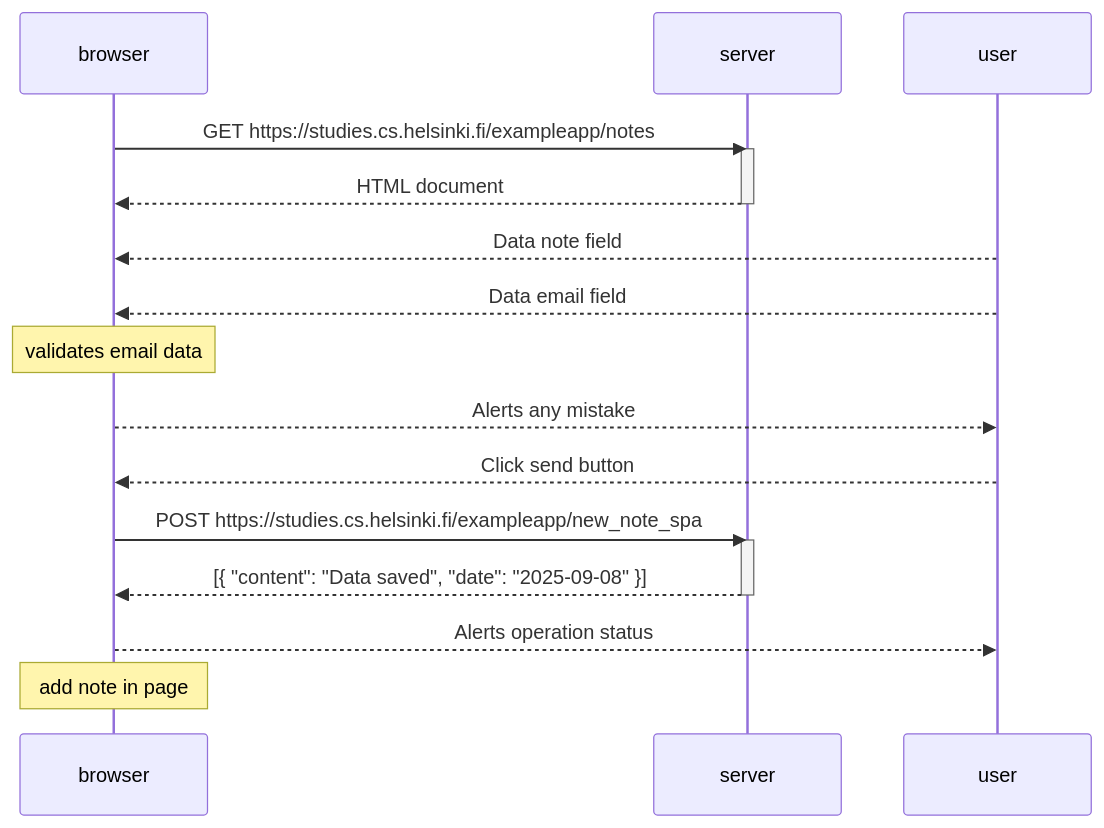
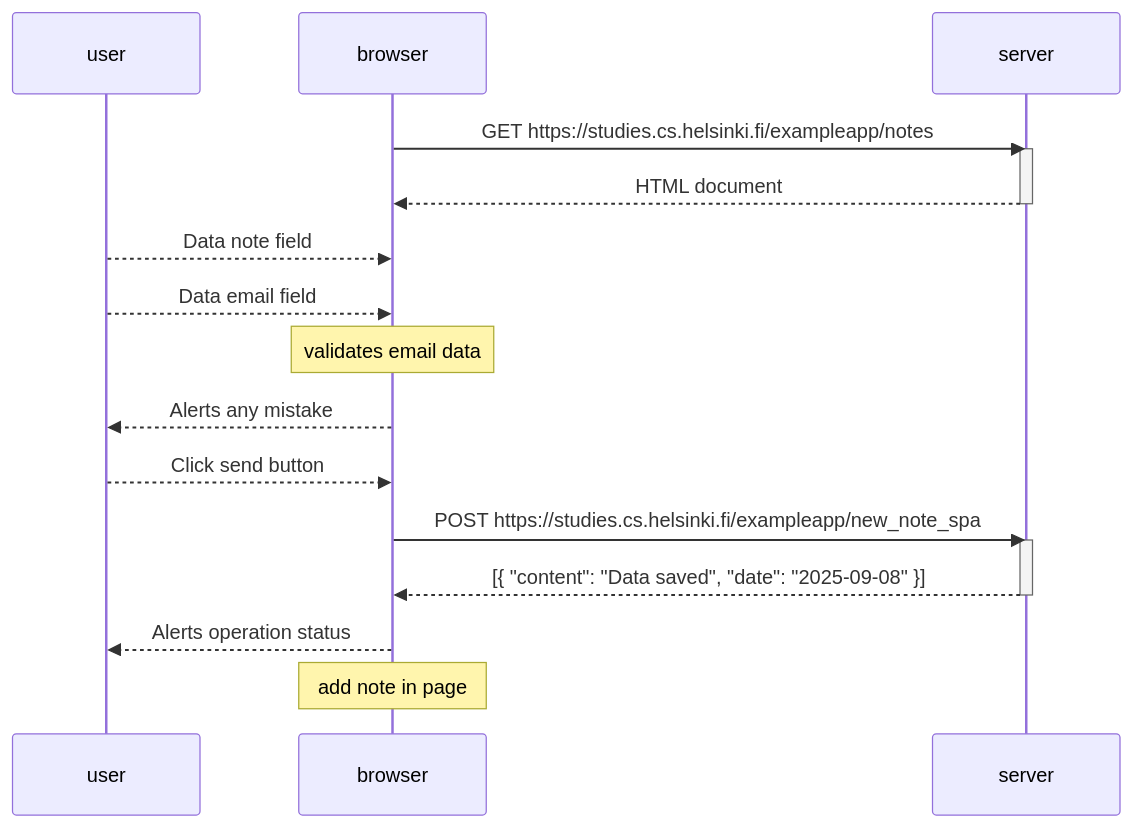
The diagram in secuenceDiagramNewNote.md (renecrapaud/frontEnd-bootcamp), drawn with Mermaid before and after one commit. The commit also changed other lines of this file, not shown here.

Commit message:
Markdown file with sequence diagram in new note flow.

````diff
--- a/secuenceDiagramNewNote.md
+++ b/secuenceDiagramNewNote.md
@@ -1,25 +1,25 @@
 ```mermaid
     sequenceDiagram
+        participant user
         participant browser
         participant server
-        participant user
 
         browser->>server: GET https://studies.cs.helsinki.fi/exampleapp/notes
         activate server
         server-->>browser: HTML document
         deactivate server
 
         user-->>browser: Data note field
         user-->>browser: Data email field
         Note over browser: validates email data 
         browser-->>user: Alerts any mistake
         user-->>browser: Click send button
 
         browser->>server: POST https://studies.cs.helsinki.fi/exampleapp/new_note_spa
         activate server
         server-->>browser: [{ "content": "Data saved", "date": "2025-09-08" }]
         deactivate server
 
         browser-->>user: Alerts operation status
         Note over browser: add note in page
 ```
````
